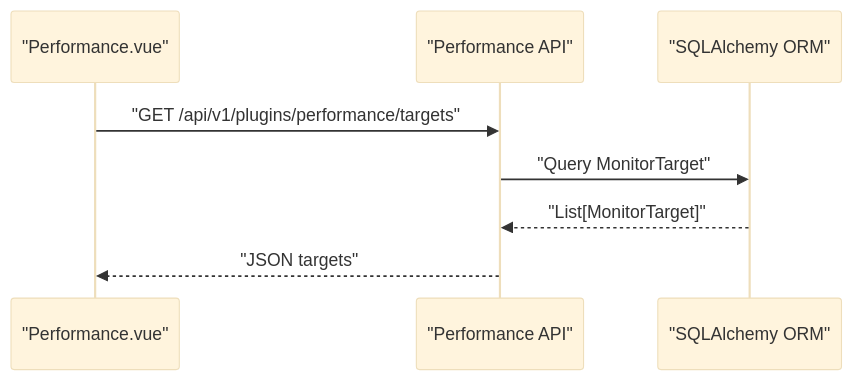
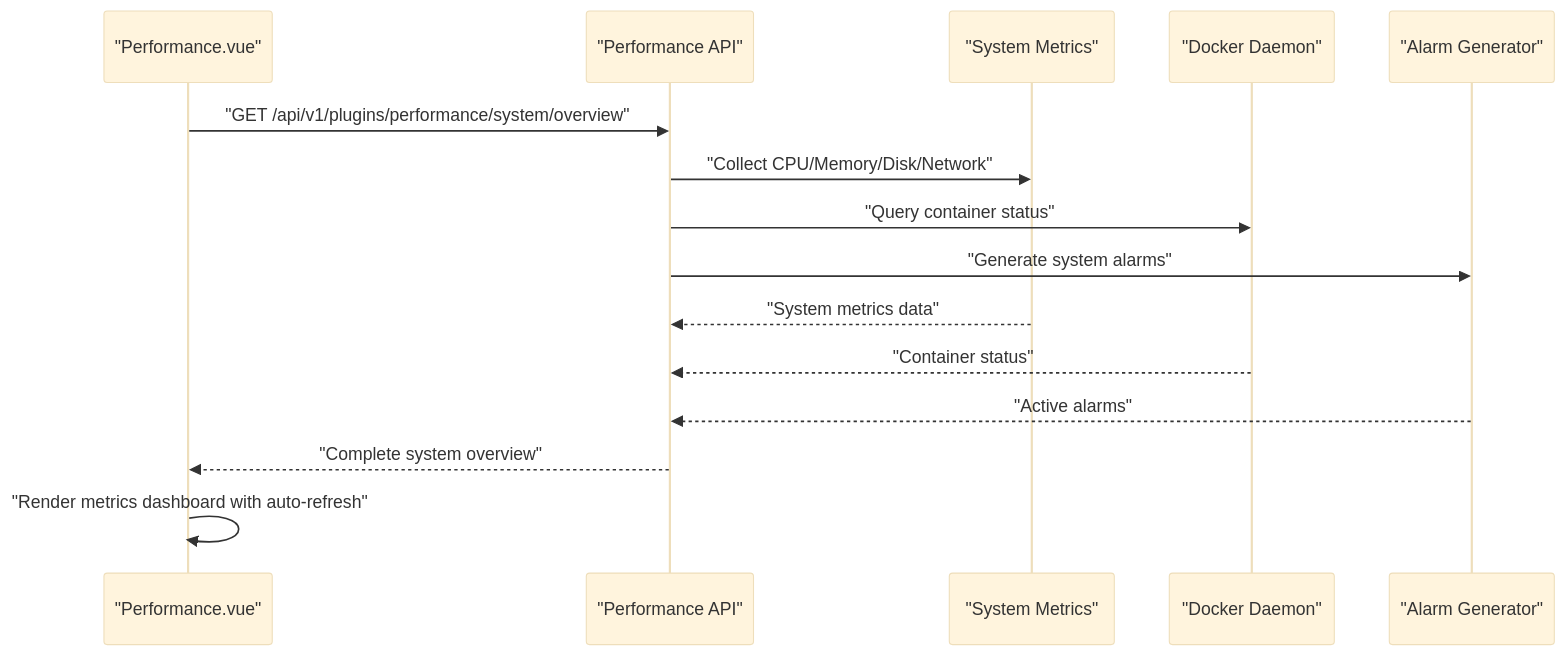
Before and after one commit to Nikita5543/New-SSO-02: the fifth of 10 diagrams in .qoder/repowiki/en/content/Plugin System Architecture/Built-in Plugins Overview.md, drawn with Mermaid (base theme). The commit also changed other lines of this file and 7 other files, not shown here.

````diff
--- a/.qoder/repowiki/en/content/Plugin System Architecture/Built-in Plugins Overview.md
+++ b/.qoder/repowiki/en/content/Plugin System Architecture/Built-in Plugins Overview.md
@@ -289,10 +319,17 @@
 ```mermaid
 sequenceDiagram
 participant FE as "Performance.vue"
 participant API as "Performance API"
-participant DB as "SQLAlchemy ORM"
-FE->>API : "GET /api/v1/plugins/performance/targets"
-API->>DB : "Query MonitorTarget"
-DB-->>API : "List[MonitorTarget]"
-API-->>FE : "JSON targets"
+participant System as "System Metrics"
+participant Docker as "Docker Daemon"
+participant Alerts as "Alarm Generator"
+FE->>API : "GET /api/v1/plugins/performance/system/overview"
+API->>System : "Collect CPU/Memory/Disk/Network"
+API->>Docker : "Query container status"
+API->>Alerts : "Generate system alarms"
+System-->>API : "System metrics data"
+Docker-->>API : "Container status"
+Alerts-->>API : "Active alarms"
+API-->>FE : "Complete system overview"
+FE->>FE : "Render metrics dashboard with auto-refresh"
 ```
````
